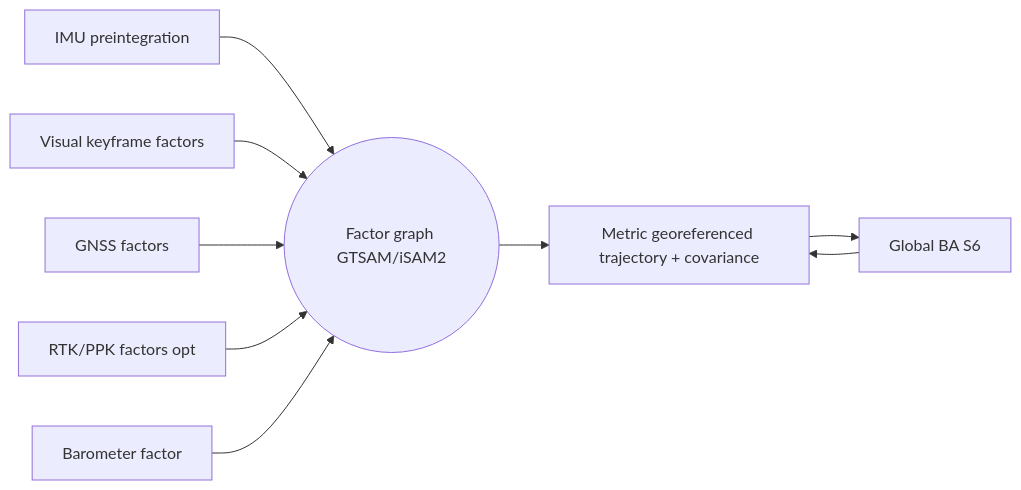
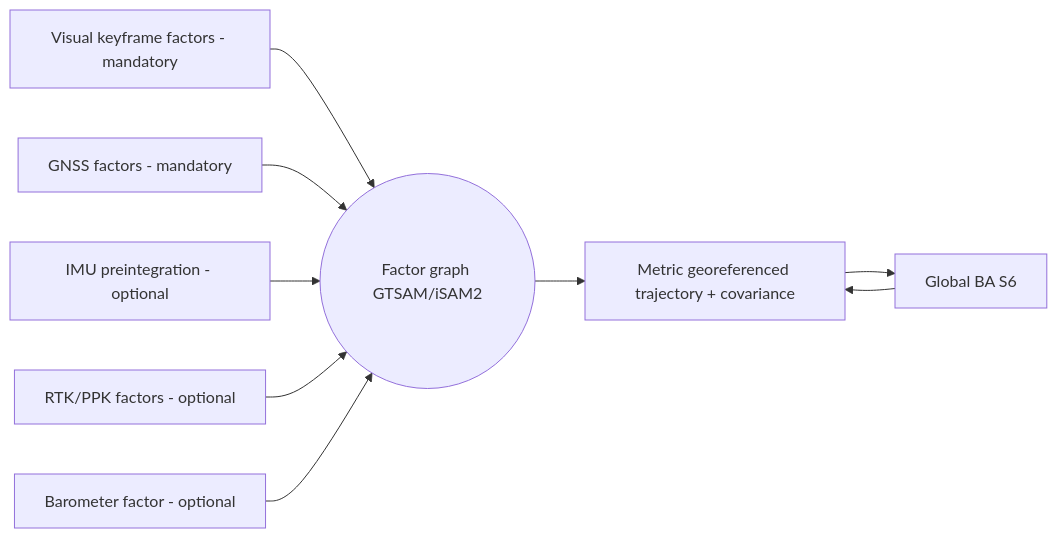
One commit to suryanarayan100406/rtos changed the second of 2 diagrams in docs/_internal/CANONICAL-ARCHITECTURE-SPEC.md. Above: the diagram before and after it, drawn with Mermaid. The commit also changed other lines of this file and 17 other files, not shown here.

````diff
--- a/docs/_internal/CANONICAL-ARCHITECTURE-SPEC.md
+++ b/docs/_internal/CANONICAL-ARCHITECTURE-SPEC.md
@@ -197,11 +250,11 @@
 ```mermaid
 flowchart LR
-  IMU[IMU preintegration] --> FG((Factor graph GTSAM/iSAM2))
-  VIS[Visual keyframe factors] --> FG
-  GNSS[GNSS factors] --> FG
-  RTK[RTK/PPK factors opt] --> FG
-  BARO[Barometer factor] --> FG
+  VIS[Visual keyframe factors - mandatory] --> FG((Factor graph GTSAM/iSAM2))
+  GNSS[GNSS factors - mandatory] --> FG
+  IMU[IMU preintegration - optional] --> FG
+  RTK[RTK/PPK factors - optional] --> FG
+  BARO[Barometer factor - optional] --> FG
   FG --> POSE[Metric georeferenced trajectory + covariance]
   POSE --> BA[Global BA S6]
   BA --> POSE
 ```
````
